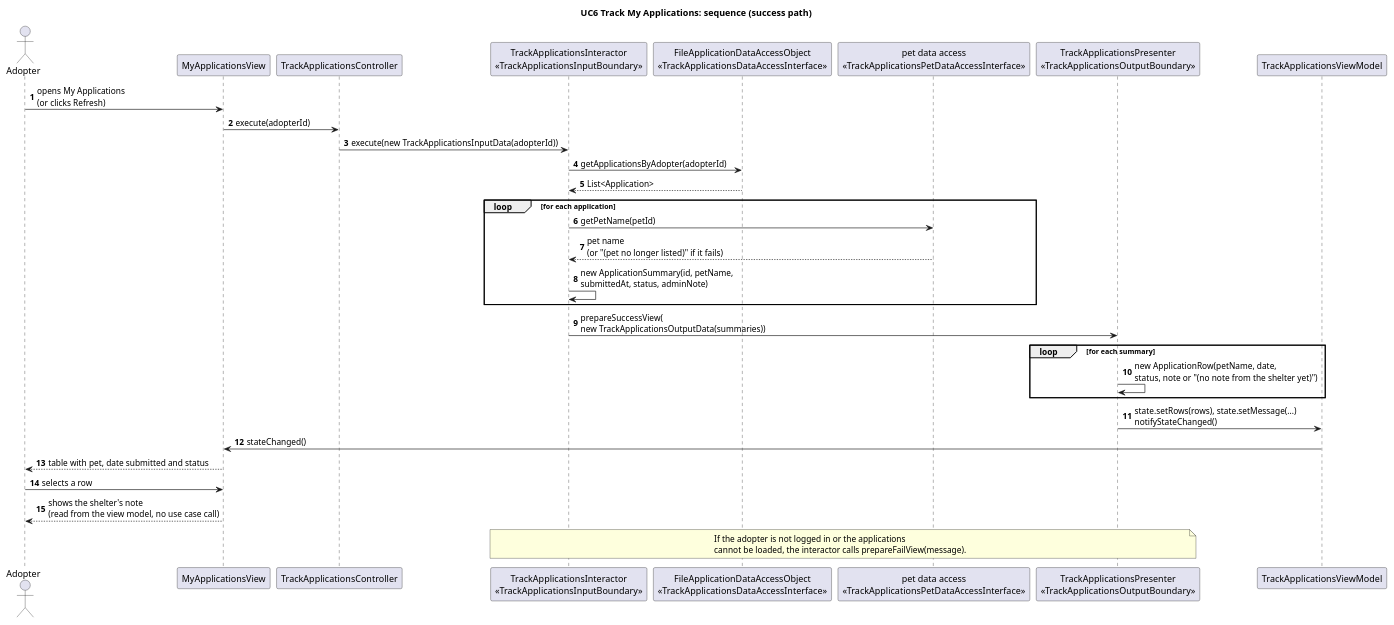
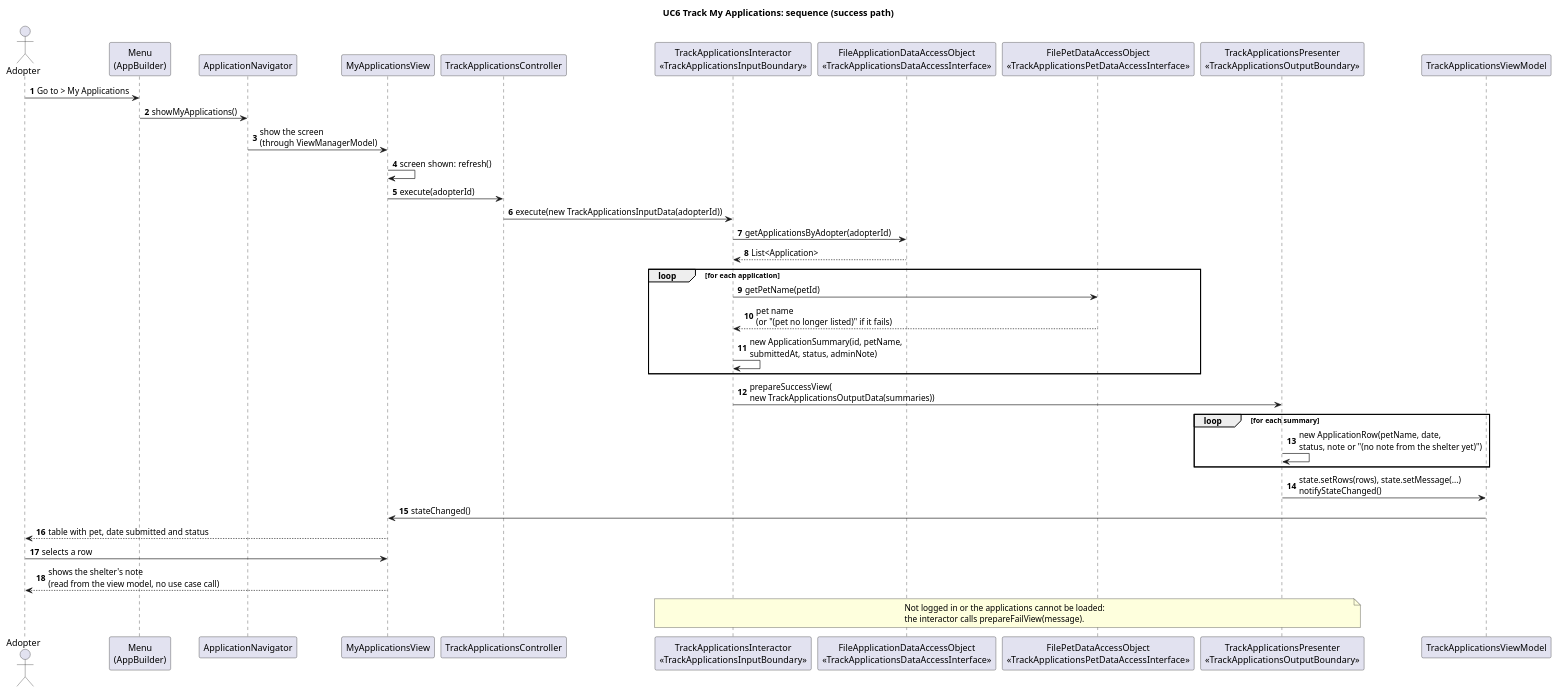
One commit to CSC207-2025F-UofT/team-project changed the diagram in docs/uml/seq-uc6-track-applications.puml. Above: the diagram before and after it, drawn with PlantUML. The commit also changed 3 other files, not shown here.

Commit message:
update UC5 and UC6 sequence diagrams to the current app

```diff
--- a/docs/uml/seq-uc6-track-applications.puml
+++ b/docs/uml/seq-uc6-track-applications.puml
@@ -1,44 +1,49 @@
 @startuml seq-uc6-track-applications
 title UC6 Track My Applications: sequence (success path)
 
 skinparam sequenceMessageAlign left
 autonumber
 
 actor Adopter
+participant "Menu\n(AppBuilder)" as Menu
+participant "ApplicationNavigator" as Nav
 participant "MyApplicationsView" as View
 participant "TrackApplicationsController" as Controller
 participant "TrackApplicationsInteractor\n<<TrackApplicationsInputBoundary>>" as Interactor
 participant "FileApplicationDataAccessObject\n<<TrackApplicationsDataAccessInterface>>" as AppDAO
-participant "pet data access\n<<TrackApplicationsPetDataAccessInterface>>" as PetDAO
+participant "FilePetDataAccessObject\n<<TrackApplicationsPetDataAccessInterface>>" as PetDAO
 participant "TrackApplicationsPresenter\n<<TrackApplicationsOutputBoundary>>" as Presenter
 participant "TrackApplicationsViewModel" as VM
 
-Adopter -> View : opens My Applications\n(or clicks Refresh)
+Adopter -> Menu : Go to > My Applications
+Menu -> Nav : showMyApplications()
+Nav -> View : show the screen\n(through ViewManagerModel)
+View -> View : screen shown: refresh()
 View -> Controller : execute(adopterId)
 Controller -> Interactor : execute(new TrackApplicationsInputData(adopterId))
 
 Interactor -> AppDAO : getApplicationsByAdopter(adopterId)
 AppDAO --> Interactor : List<Application>
 loop for each application
   Interactor -> PetDAO : getPetName(petId)
   PetDAO --> Interactor : pet name\n(or "(pet no longer listed)" if it fails)
   Interactor -> Interactor : new ApplicationSummary(id, petName,\nsubmittedAt, status, adminNote)
 end
 
 Interactor -> Presenter : prepareSuccessView(\nnew TrackApplicationsOutputData(summaries))
 loop for each summary
   Presenter -> Presenter : new ApplicationRow(petName, date,\nstatus, note or "(no note from the shelter yet)")
 end
 Presenter -> VM : state.setRows(rows), state.setMessage(...)\nnotifyStateChanged()
 VM -> View : stateChanged()
 View --> Adopter : table with pet, date submitted and status
 
 Adopter -> View : selects a row
 View --> Adopter : shows the shelter's note\n(read from the view model, no use case call)
 
 note over Interactor, Presenter
-  If the adopter is not logged in or the applications
-  cannot be loaded, the interactor calls prepareFailView(message).
+  Not logged in or the applications cannot be loaded:
+  the interactor calls prepareFailView(message).
 end note
 
 @enduml
```
